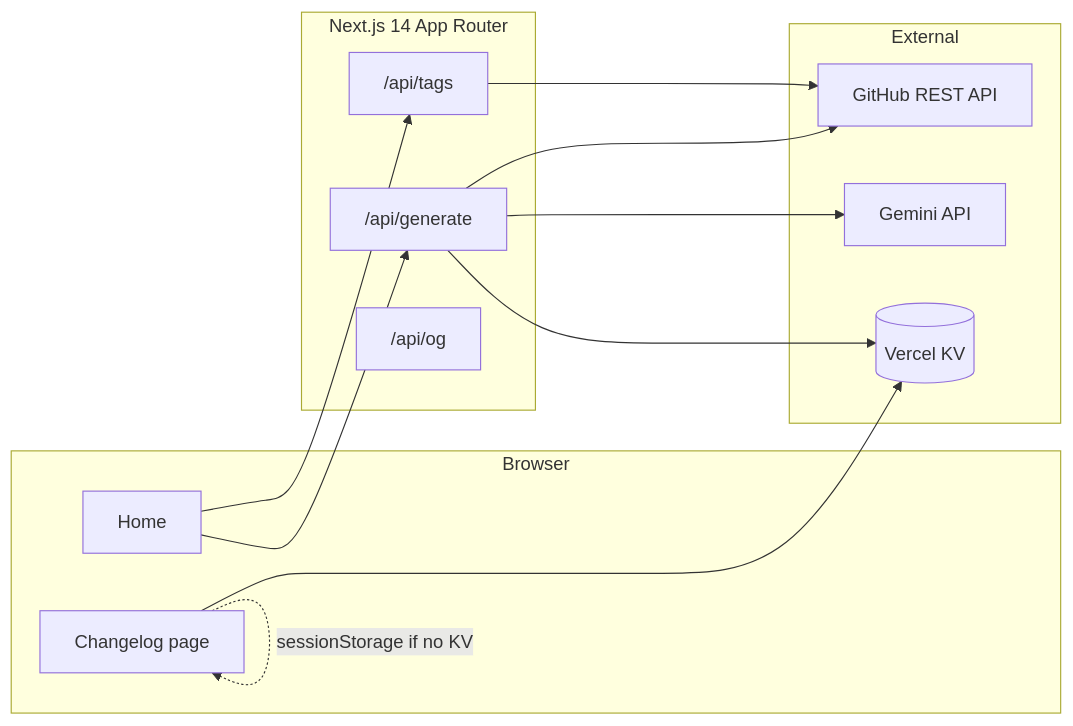
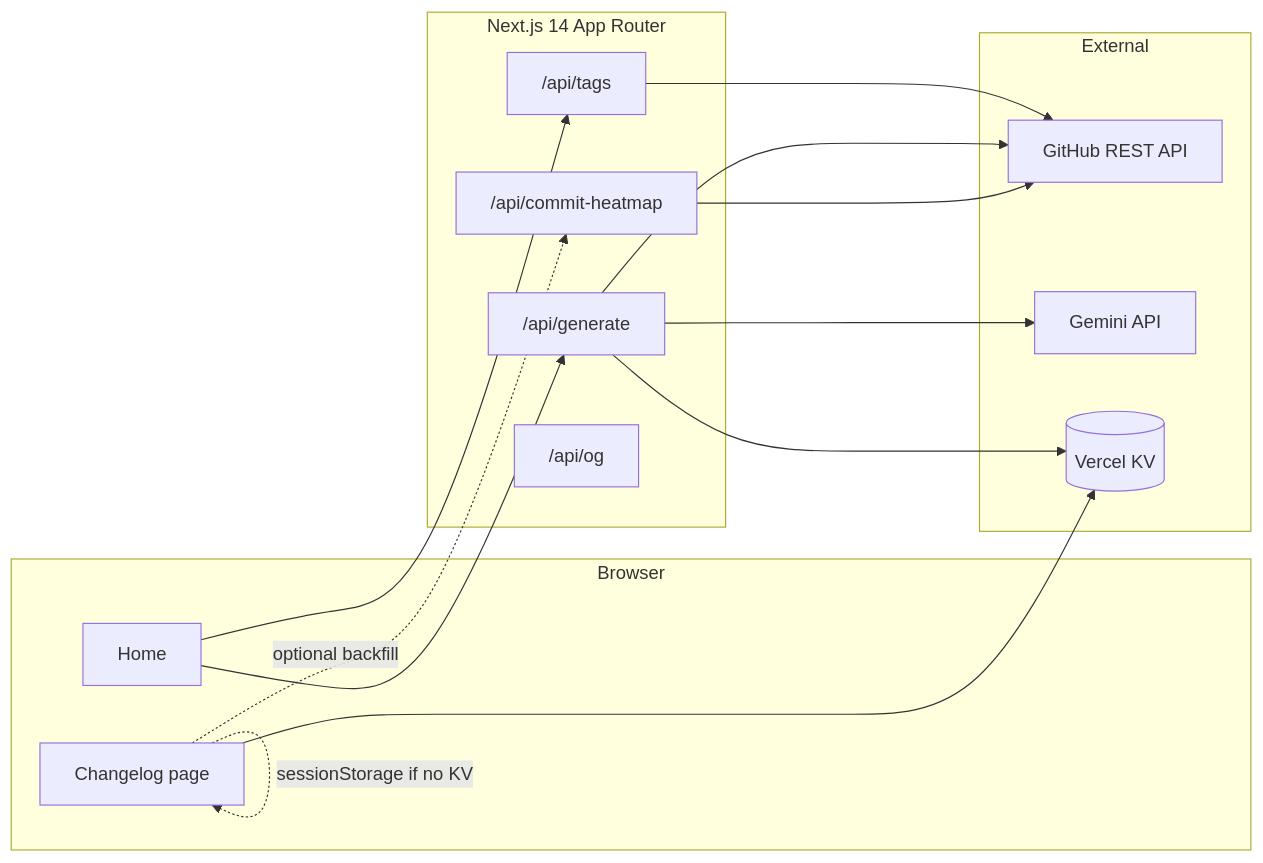
The diagram in README.md (shreyas-debug/RepoReel), drawn with Mermaid before and after one commit. The commit also changed other lines of this file and 8 other files, not shown here.

````diff
--- a/README.md
+++ b/README.md
@@ -28,25 +29,28 @@
 ```mermaid
 flowchart LR
   subgraph client [Browser]
     Home[Home]
     View[Changelog page]
   end
   subgraph next [Next.js 14 App Router]
     API_Tags["/api/tags"]
     API_Gen["/api/generate"]
+    API_Heat["/api/commit-heatmap"]
     API_OG["/api/og"]
   end
   subgraph external [External]
     GH[GitHub REST API]
     GEM[Gemini API]
     KV[(Vercel KV)]
   end
   Home --> API_Tags
   Home --> API_Gen
   View --> KV
+  View -.->|optional backfill| API_Heat
   API_Tags --> GH
   API_Gen --> GH
   API_Gen --> GEM
   API_Gen --> KV
+  API_Heat --> GH
   View -.->|sessionStorage if no KV| View
 ```
````
